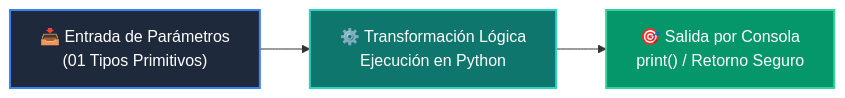
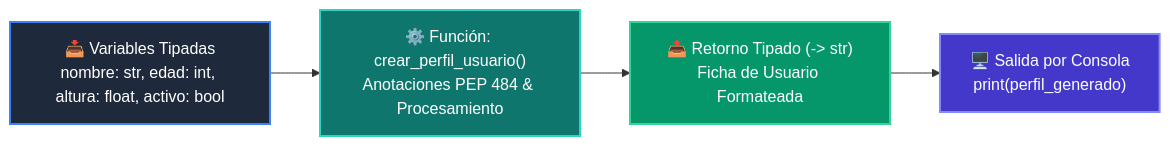
The diagram in 01-fundamentos-python/clase-02-variables-y-tipos/ejemplos/ejemplo_01_tipos_primitivos/README.md (wisrovi/wisrovi-python), drawn with Mermaid before and after one commit. The commit also changed other lines of this file and 38 other files, not shown here.

````diff
--- a/01-fundamentos-python/clase-02-variables-y-tipos/ejemplos/ejemplo_01_tipos_primitivos/README.md
+++ b/01-fundamentos-python/clase-02-variables-y-tipos/ejemplos/ejemplo_01_tipos_primitivos/README.md
@@ -19,9 +19,11 @@
 ```mermaid
 flowchart LR
-    A["📥 Entrada de Parámetros<br/>(01 Tipos Primitivos)"] --> B["⚙️ Transformación Lógica<br/>Ejecución en Python"]
-    B --> C["🎯 Salida por Consola<br/>print() / Retorno Seguro"]
+    A["📥 Variables Tipadas<br/>nombre: str, edad: int, altura: float, activo: bool"] --> B["⚙️ Función: crear_perfil_usuario()<br/>Anotaciones PEP 484 & Procesamiento"]
+    B --> C["📤 Retorno Tipado (-> str)<br/>Ficha de Usuario Formateada"]
+    C --> D["🖥️ Salida por Consola<br/>print(perfil_generado)"]
 
     style A fill:#1e293b,color:#ffffff,stroke:#3b82f6,stroke-width:2px
     style B fill:#0f766e,color:#ffffff,stroke:#2dd4bf,stroke-width:2px
     style C fill:#059669,color:#ffffff,stroke:#34d399,stroke-width:2px
+    style D fill:#4338ca,color:#ffffff,stroke:#818cf8,stroke-width:2px
 ```
````
